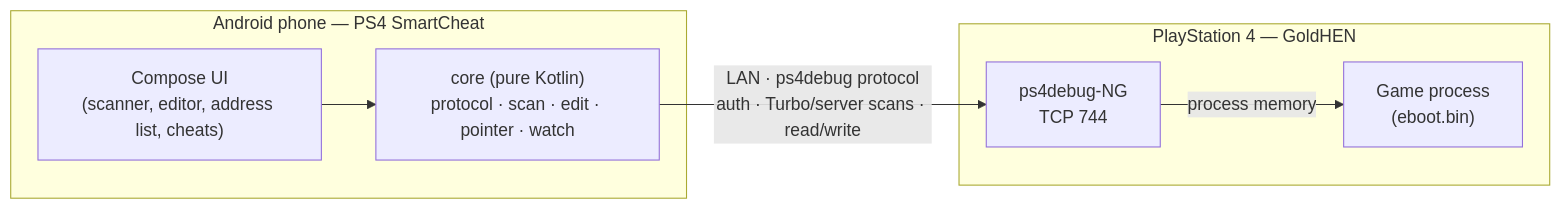
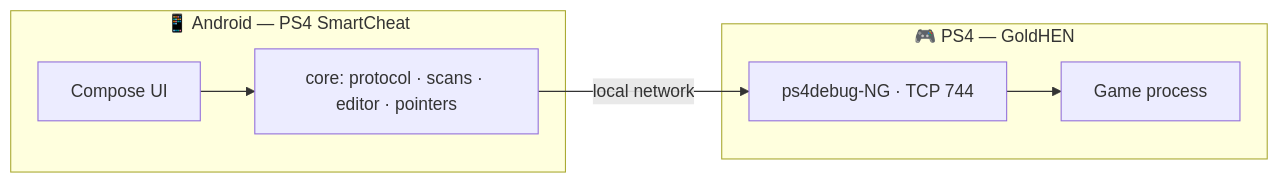
Before and after one commit to Hm589158/ps4-SmartCheat: the diagram in README.md, drawn with Mermaid. The commit also changed other lines of this file and 14 other files, not shown here.

````diff
--- a/README.md
+++ b/README.md
@@ -114,14 +151,10 @@
 ```mermaid
 flowchart LR
-    subgraph Phone["Android phone — PS4 SmartCheat"]
-        UI["Compose UI<br/>(scanner, editor, address list, cheats)"]
-        Core["core (pure Kotlin)<br/>protocol · scan · edit · pointer · watch"]
+    subgraph Phone["📱 Android — PS4 SmartCheat"]
+        UI["Compose UI"] --> Core["core: protocol · scans · editor · pointers"]
     end
-    subgraph PS4["PlayStation 4 — GoldHEN"]
-        NG["ps4debug-NG<br/>TCP 744"]
-        Game["Game process<br/>(eboot.bin)"]
+    subgraph PS4["🎮 PS4 — GoldHEN"]
+        NG["ps4debug-NG · TCP 744"] --> Game["Game process"]
     end
-    UI --> Core
-    Core -- "LAN · ps4debug protocol<br/>auth · Turbo/server scans · read/write" --> NG
-    NG -- "process memory" --> Game
+    Core -- "local network" --> NG
 ```
````
